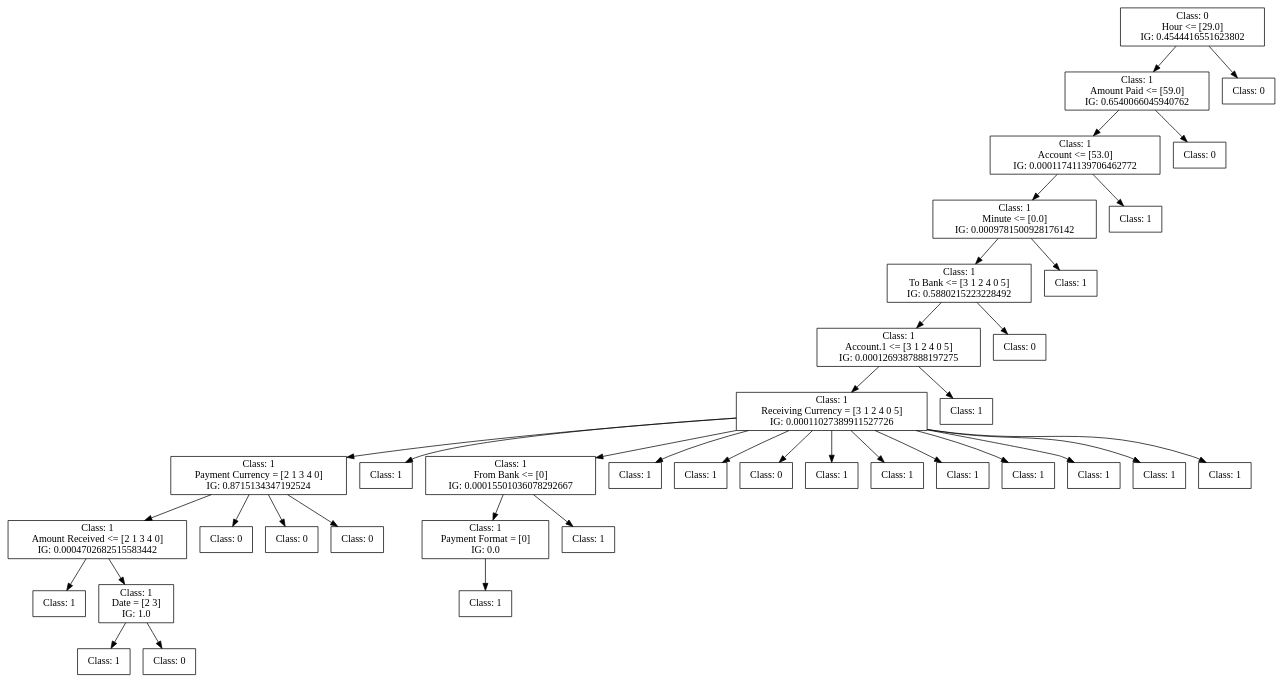
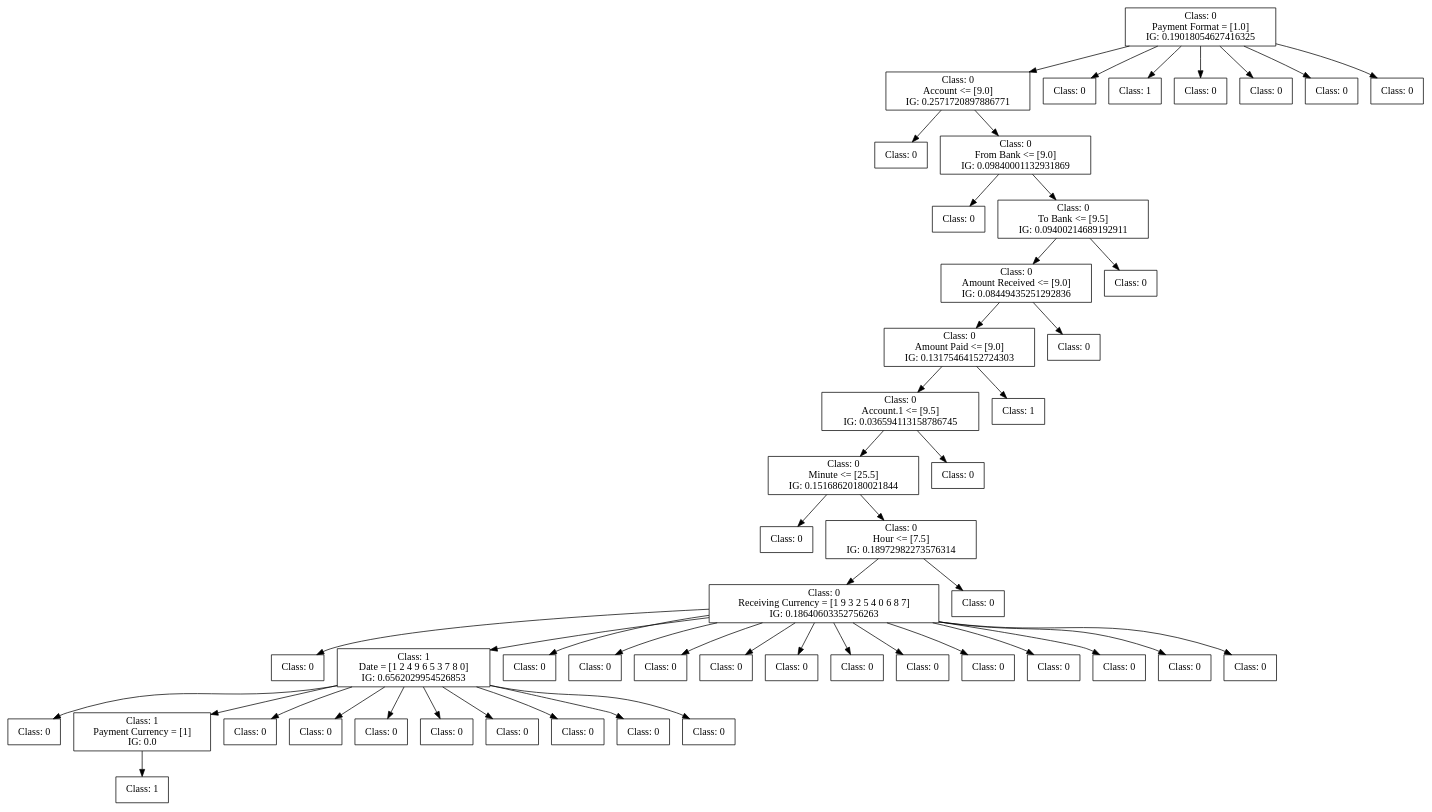
Before and after one commit to FedericoBruzzone/anti-money-laundering: the diagram in dot_figs/tree-c45-oversampling.dot, drawn with Graphviz. The commit also changed 13 other files, not shown here.

```diff
--- a/dot_figs/tree-c45-oversampling.dot
+++ b/dot_figs/tree-c45-oversampling.dot
@@ -1,126 +1,162 @@
 digraph DecisionTree {
 	rankdir=TD;
 	node [shape=box];
-	1584933799008 [label="Class: 0
-Hour <= [29.0]
-IG: 0.4544416551623802"];
-	1585249491920 [label="Class: 1
-Amount Paid <= [59.0]
-IG: 0.6540066045940762"];
-	1584933799008 -> 1585249491920;
-	1585249490480 [label="Class: 1
-Account <= [53.0]
-IG: 0.00011741139706462772"];
-	1585249491920 -> 1585249490480;
-	1585249500512 [label="Class: 1
-Minute <= [0.0]
-IG: 0.0009781500928176142"];
-	1585249490480 -> 1585249500512;
-	1585507883168 [label="Class: 1
-To Bank <= [3 1 2 4 0 5]
-IG: 0.5880215223228492"];
-	1585249500512 -> 1585507883168;
-	1585507889744 [label="Class: 1
-Account.1 <= [3 1 2 4 0 5]
-IG: 0.0001269387888197275"];
-	1585507883168 -> 1585507889744;
-	1585440017280 [label="Class: 1
-Receiving Currency = [3 1 2 4 0 5]
-IG: 0.00011027389911527726"];
-	1585507889744 -> 1585440017280;
-	1585440023232 [label="Class: 1
-Payment Currency = [2 1 3 4 0]
-IG: 0.8715134347192524"];
-	1585440017280 -> 1585440023232;
-	1585440028416 [label="Class: 1
-Amount Received <= [2 1 3 4 0]
-IG: 0.0004702682515583442"];
-	1585440023232 -> 1585440028416;
-	1585440030288 [label="Class: 1
+	2509728684288 [label="Class: 0
+Payment Format = [1.0]
+IG: 0.19018054627416325"];
+	2509728693360 [label="Class: 0
+Account <= [9.0]
+IG: 0.2571720897886771"];
+	2509728684288 -> 2509728693360;
+	2509728693648 [label="Class: 0
 "];
-	1585440028416 -> 1585440030288;
-	1585440030384 [label="Class: 1
-Date = [2 3]
-IG: 1.0"];
-	1585440028416 -> 1585440030384;
-	1585440029088 [label="Class: 1
+	2509728693360 -> 2509728693648;
+	2509728694128 [label="Class: 0
+From Bank <= [9.0]
+IG: 0.09840001132931869"];
+	2509728693360 -> 2509728694128;
+	2509728693888 [label="Class: 0
 "];
-	1585440030384 -> 1585440029088;
-	1585440028608 [label="Class: 0
+	2509728694128 -> 2509728693888;
+	2509728692976 [label="Class: 0
+To Bank <= [9.5]
+IG: 0.09400214689192911"];
+	2509728694128 -> 2509728692976;
+	2509728693984 [label="Class: 0
+Amount Received <= [9.0]
+IG: 0.08449435251292836"];
+	2509728692976 -> 2509728693984;
+	2509728690048 [label="Class: 0
+Amount Paid <= [9.0]
+IG: 0.13175464152724303"];
+	2509728693984 -> 2509728690048;
+	2509728691488 [label="Class: 0
+Account.1 <= [9.5]
+IG: 0.036594113158786745"];
+	2509728690048 -> 2509728691488;
+	2509728690576 [label="Class: 0
+Minute <= [25.5]
+IG: 0.15168620180021844"];
+	2509728691488 -> 2509728690576;
+	2509728690192 [label="Class: 0
 "];
-	1585440030384 -> 1585440028608;
-	1585440028320 [label="Class: 0
+	2509728690576 -> 2509728690192;
+	2509728681984 [label="Class: 0
+Hour <= [7.5]
+IG: 0.18972982273576314"];
+	2509728690576 -> 2509728681984;
+	2509728692256 [label="Class: 0
+Receiving Currency = [1 9 3 2 5 4 0 6 8 7]
+IG: 0.18640603352756263"];
+	2509728681984 -> 2509728692256;
+	2509728694176 [label="Class: 0
 "];
-	1585440023232 -> 1585440028320;
-	1585440024864 [label="Class: 0
+	2509728692256 -> 2509728694176;
+	2509728693600 [label="Class: 1
+Date = [1 2 4 9 6 5 3 7 8 0]
+IG: 0.6562029954526853"];
+	2509728692256 -> 2509728693600;
+	2509728692592 [label="Class: 0
 "];
-	1585440023232 -> 1585440024864;
-	1585440027840 [label="Class: 0
+	2509728693600 -> 2509728692592;
+	2509728693504 [label="Class: 1
+Payment Currency = [1]
+IG: 0.0"];
+	2509728693600 -> 2509728693504;
+	2512083536288 [label="Class: 1
 "];
-	1585440023232 -> 1585440027840;
-	1585440023904 [label="Class: 1
+	2509728693504 -> 2512083536288;
+	2509728690288 [label="Class: 0
 "];
-	1585440017280 -> 1585440023904;
-	1585440021696 [label="Class: 1
-From Bank <= [0]
-IG: 0.00015501036078292667"];
-	1585440017280 -> 1585440021696;
-	1585432479968 [label="Class: 1
-Payment Format = [0]
-IG: 0.0"];
-	1585440021696 -> 1585432479968;
-	1585432480688 [label="Class: 1
+	2509728693600 -> 2509728690288;
+	2512083534944 [label="Class: 0
 "];
-	1585432479968 -> 1585432480688;
-	1585432480400 [label="Class: 1
+	2509728693600 -> 2512083534944;
+	2512083535184 [label="Class: 0
 "];
-	1585440021696 -> 1585432480400;
-	1585440023424 [label="Class: 1
+	2509728693600 -> 2512083535184;
+	2512083535328 [label="Class: 0
 "];
-	1585440017280 -> 1585440023424;
-	1585440022752 [label="Class: 1
+	2509728693600 -> 2512083535328;
+	2512083535568 [label="Class: 0
 "];
-	1585440017280 -> 1585440022752;
-	1585440022992 [label="Class: 0
+	2509728693600 -> 2512083535568;
+	2512083534512 [label="Class: 0
 "];
-	1585440017280 -> 1585440022992;
-	1585440023136 [label="Class: 1
+	2509728693600 -> 2512083534512;
+	2512083534224 [label="Class: 0
 "];
-	1585440017280 -> 1585440023136;
-	1585440023616 [label="Class: 1
+	2509728693600 -> 2512083534224;
+	2512083533888 [label="Class: 0
 "];
-	1585440017280 -> 1585440023616;
-	1585440023568 [label="Class: 1
+	2509728693600 -> 2512083533888;
+	2509728693216 [label="Class: 0
 "];
-	1585440017280 -> 1585440023568;
-	1585440024048 [label="Class: 1
+	2509728692256 -> 2509728693216;
+	2509728689904 [label="Class: 0
 "];
-	1585440017280 -> 1585440024048;
-	1585440024192 [label="Class: 1
+	2509728692256 -> 2509728689904;
+	2509728688704 [label="Class: 0
 "];
-	1585440017280 -> 1585440024192;
-	1585440024336 [label="Class: 1
+	2509728692256 -> 2509728688704;
+	2509728693792 [label="Class: 0
 "];
-	1585440017280 -> 1585440024336;
-	1585440024480 [label="Class: 1
+	2509728692256 -> 2509728693792;
+	2509728692544 [label="Class: 0
 "];
-	1585440017280 -> 1585440024480;
-	1585440017712 [label="Class: 1
+	2509728692256 -> 2509728692544;
+	2509728681120 [label="Class: 0
 "];
-	1585507889744 -> 1585440017712;
-	1585507890176 [label="Class: 0
+	2509728692256 -> 2509728681120;
+	2512083534032 [label="Class: 0
 "];
-	1585507883168 -> 1585507890176;
-	1585507883600 [label="Class: 1
+	2509728692256 -> 2512083534032;
+	2512083534848 [label="Class: 0
 "];
-	1585249500512 -> 1585507883600;
-	1585249500944 [label="Class: 1
+	2509728692256 -> 2512083534848;
+	2512083534272 [label="Class: 0
 "];
-	1585249490480 -> 1585249500944;
-	1585249485920 [label="Class: 0
+	2509728692256 -> 2512083534272;
+	2512083535232 [label="Class: 0
 "];
-	1585249491920 -> 1585249485920;
-	1585249493648 [label="Class: 0
+	2509728692256 -> 2512083535232;
+	2512083535040 [label="Class: 0
 "];
-	1584933799008 -> 1585249493648;
+	2509728692256 -> 2512083535040;
+	2512083534080 [label="Class: 0
+"];
+	2509728692256 -> 2512083534080;
+	2509728685824 [label="Class: 0
+"];
+	2509728681984 -> 2509728685824;
+	2509728693744 [label="Class: 0
+"];
+	2509728691488 -> 2509728693744;
+	2509728688512 [label="Class: 1
+"];
+	2509728690048 -> 2509728688512;
+	2509728691680 [label="Class: 0
+"];
+	2509728693984 -> 2509728691680;
+	2509728691152 [label="Class: 0
+"];
+	2509728692976 -> 2509728691152;
+	2509728693696 [label="Class: 0
+"];
+	2509728684288 -> 2509728693696;
+	2509728692400 [label="Class: 1
+"];
+	2509728684288 -> 2509728692400;
+	2509728693120 [label="Class: 0
+"];
+	2509728684288 -> 2509728693120;
+	2509728693168 [label="Class: 0
+"];
+	2509728684288 -> 2509728693168;
+	2509728692928 [label="Class: 0
+"];
+	2509728684288 -> 2509728692928;
+	2509728692448 [label="Class: 0
+"];
+	2509728684288 -> 2509728692448;
 }
```
